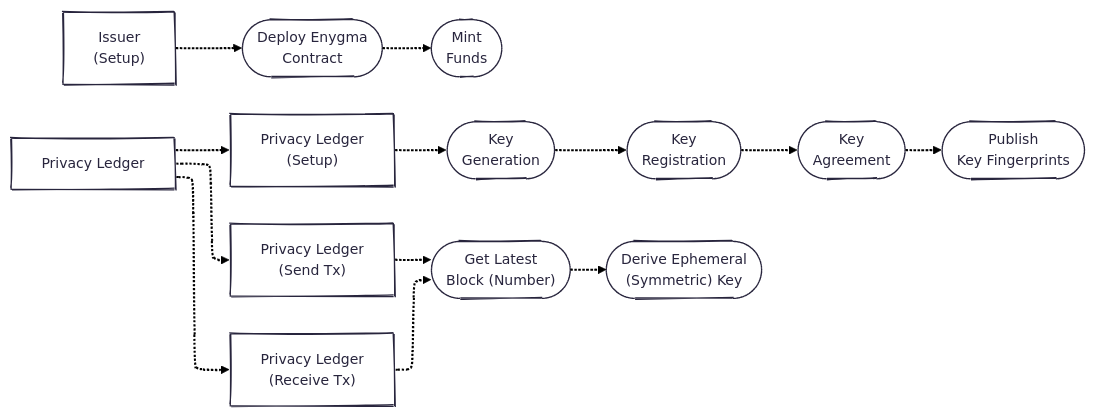
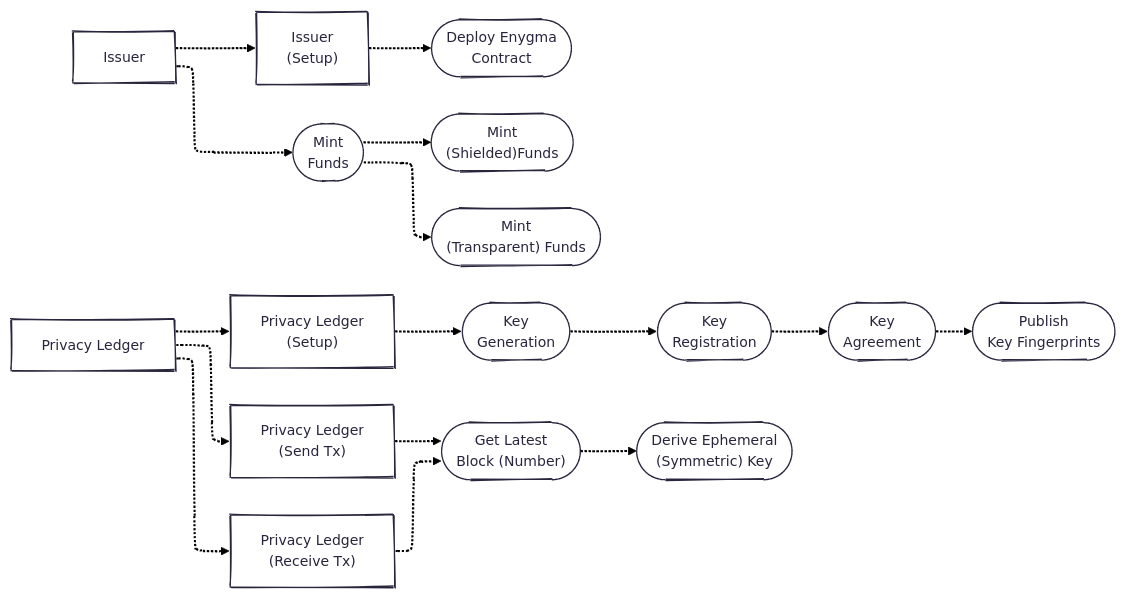
The diagram in enygma_payments/protocol_description.md (raylsnetwork/Enygma), drawn with Mermaid before and after one commit.

Commit message:
Refactor flowchart for Enygma payments protocol

````diff
--- a/enygma_payments/protocol_description.md
+++ b/enygma_payments/protocol_description.md
@@ -4,35 +4,39 @@
 ```mermaid
 ---
 config:
   theme: redux
   layout: elk
   look: handDrawn
 ---
 flowchart LR
+    issuer["Issuer"]
     i_setup["Issuer<br>(Setup)"]
     deploy(["Deploy Enygma<br>Contract"])
-    mint(["Mint<br>Funds"])
+
+    i_mint(["Mint<br>Funds"])
+    mint_shield(["Mint<br>(Shielded)Funds"])
+    mint_transparent(["Mint<br>(Transparent) Funds"])
 
     pl["Privacy Ledger"]
     pl_setup["Privacy Ledger<br>(Setup)"]
     keygen(["Key<br>Generation"])
     register(["Key<br>Registration"])
     kem(["Key<br>Agreement"])
     publish(["Publish<br>Key Fingerprints"])
 
     pl_send["Privacy Ledger<br>(Send Tx)"]
     getblock(["Get Latest<br>Block (Number)"])
     derivekey(["Derive Ephemeral<br>(Symmetric) Key"])
 
     pl_receive["Privacy Ledger<br>(Receive Tx)"]
 
 
-    i_setup -.-> deploy -.-> mint
+    issuer -.-> i_setup & i_mint
+    i_setup -.-> deploy
+    i_mint -.-> mint_shield & mint_transparent
 
     pl -.-> pl_setup & pl_send & pl_receive
 
     pl_setup -.-> keygen -.-> register -.-> kem -.-> publish
     pl_send & pl_receive -.-> getblock -.-> derivekey
-
-    
 ```
````
